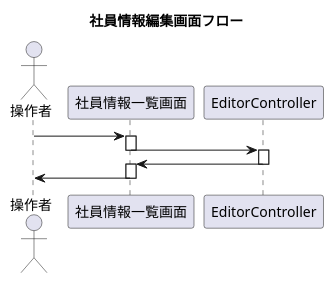
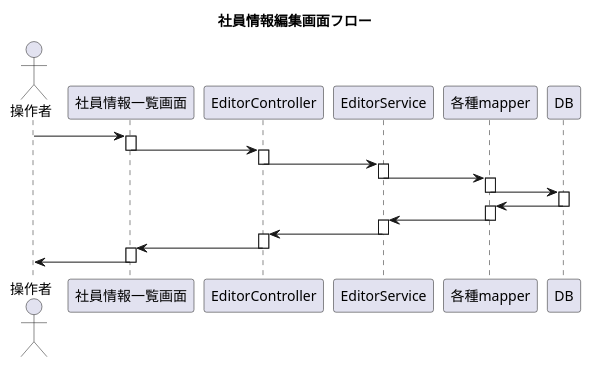
The diagram in docs/sequence/社員情報編集画面.puml (ito-i1-kenta/jnaWebCourse), drawn with PlantUML before and after one commit. The commit also changed 51 other files, not shown here.

```diff
--- a/docs/sequence/社員情報編集画面.puml
+++ b/docs/sequence/社員情報編集画面.puml
@@ -1,20 +1,44 @@
 @startuml
 title 社員情報編集画面フロー
 
 Actor "操作者" as User
 
 User -> 社員情報一覧画面
 
 activate 社員情報一覧画面
 社員情報一覧画面 -> EditorController
 deactivate 社員情報一覧画面
 
 activate EditorController
+EditorController -> EditorService
+deactivate EditorController
+
+activate EditorService
+EditorService -> 各種mapper
+deactivate EditorService
+
+activate 各種mapper
+各種mapper -> DB
+deactivate 各種mapper
+
+activate DB
+各種mapper <- DB
+deactivate DB
+
+activate 各種mapper
+EditorService <- 各種mapper
+deactivate 各種mapper
+
+activate EditorService
+EditorController <- EditorService
+deactivate EditorService
+
+activate EditorController
 社員情報一覧画面 <- EditorController
 deactivate EditorController
 
 activate 社員情報一覧画面
 User <- 社員情報一覧画面
 deactivate 社員情報一覧画面
 
 @enduml
```
